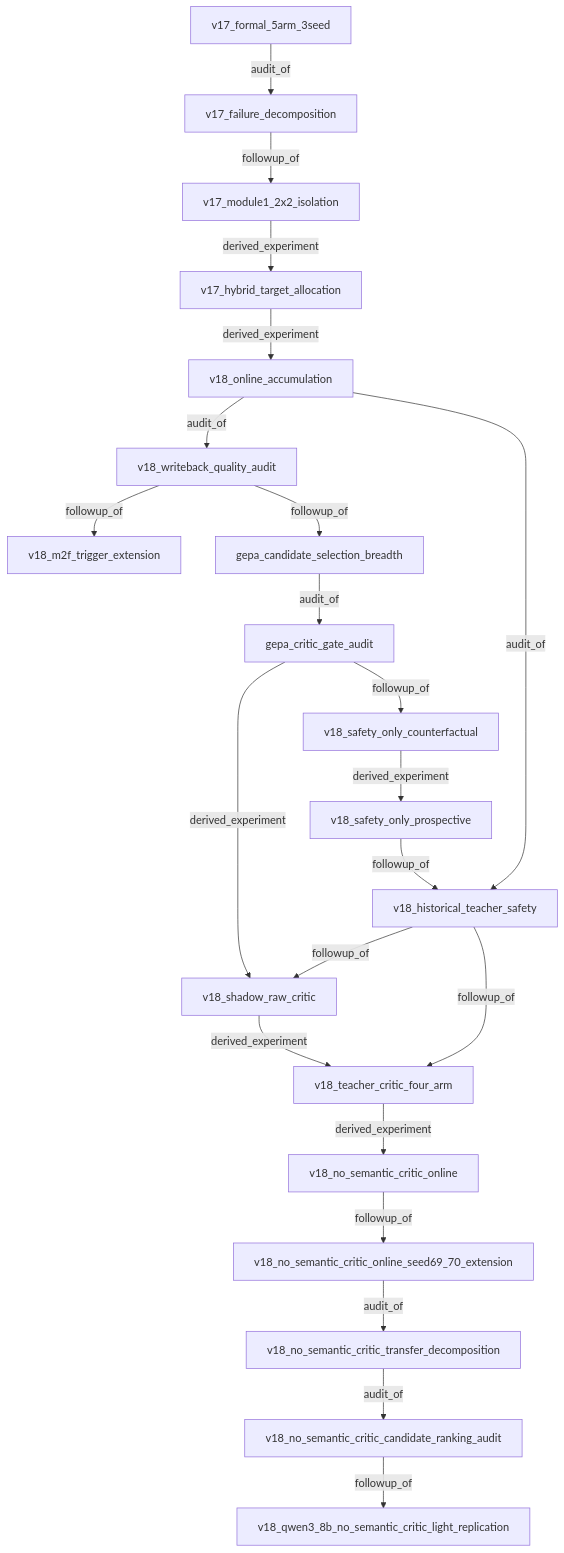
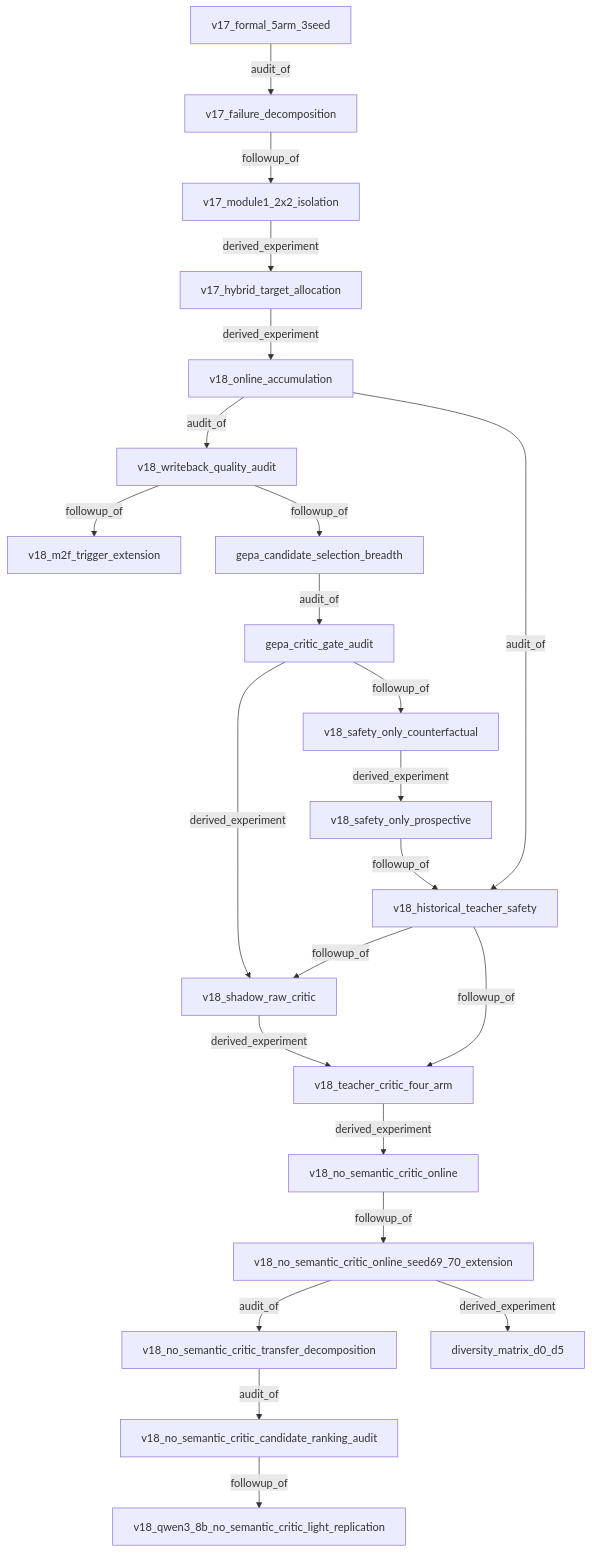
The diagram in docs/experiments/LINEAGE.md (mmmmyyyxx/multi_agent_diversity), drawn with Mermaid before and after one commit. The commit also changed other lines of this file and 2 other files, not shown here.

````diff
--- a/docs/experiments/LINEAGE.md
+++ b/docs/experiments/LINEAGE.md
@@ -5,24 +5,25 @@
 ```mermaid
 graph TD
   v17_formal_5arm_3seed["v17_formal_5arm_3seed"] -->|audit_of| v17_failure_decomposition["v17_failure_decomposition"]
   v17_failure_decomposition["v17_failure_decomposition"] -->|followup_of| v17_module1_2x2_isolation["v17_module1_2x2_isolation"]
   v17_module1_2x2_isolation["v17_module1_2x2_isolation"] -->|derived_experiment| v17_hybrid_target_allocation["v17_hybrid_target_allocation"]
   v17_hybrid_target_allocation["v17_hybrid_target_allocation"] -->|derived_experiment| v18_online_accumulation["v18_online_accumulation"]
   v18_online_accumulation["v18_online_accumulation"] -->|audit_of| v18_writeback_quality_audit["v18_writeback_quality_audit"]
   v18_writeback_quality_audit["v18_writeback_quality_audit"] -->|followup_of| v18_m2f_trigger_extension["v18_m2f_trigger_extension"]
   v18_writeback_quality_audit["v18_writeback_quality_audit"] -->|followup_of| gepa_candidate_selection_breadth["gepa_candidate_selection_breadth"]
   gepa_candidate_selection_breadth["gepa_candidate_selection_breadth"] -->|audit_of| gepa_critic_gate_audit["gepa_critic_gate_audit"]
   gepa_critic_gate_audit["gepa_critic_gate_audit"] -->|followup_of| v18_safety_only_counterfactual["v18_safety_only_counterfactual"]
   v18_safety_only_counterfactual["v18_safety_only_counterfactual"] -->|derived_experiment| v18_safety_only_prospective["v18_safety_only_prospective"]
   v18_safety_only_prospective["v18_safety_only_prospective"] -->|followup_of| v18_historical_teacher_safety["v18_historical_teacher_safety"]
   v18_online_accumulation["v18_online_accumulation"] -->|audit_of| v18_historical_teacher_safety["v18_historical_teacher_safety"]
   gepa_critic_gate_audit["gepa_critic_gate_audit"] -->|derived_experiment| v18_shadow_raw_critic["v18_shadow_raw_critic"]
   v18_historical_teacher_safety["v18_historical_teacher_safety"] -->|followup_of| v18_shadow_raw_critic["v18_shadow_raw_critic"]
   v18_shadow_raw_critic["v18_shadow_raw_critic"] -->|derived_experiment| v18_teacher_critic_four_arm["v18_teacher_critic_four_arm"]
   v18_historical_teacher_safety["v18_historical_teacher_safety"] -->|followup_of| v18_teacher_critic_four_arm["v18_teacher_critic_four_arm"]
   v18_teacher_critic_four_arm["v18_teacher_critic_four_arm"] -->|derived_experiment| v18_no_semantic_critic_online["v18_no_semantic_critic_online"]
   v18_no_semantic_critic_online["v18_no_semantic_critic_online"] -->|followup_of| v18_no_semantic_critic_online_seed69_70_extension["v18_no_semantic_critic_online_seed69_70_extension"]
   v18_no_semantic_critic_online_seed69_70_extension["v18_no_semantic_critic_online_seed69_70_extension"] -->|audit_of| v18_no_semantic_critic_transfer_decomposition["v18_no_semantic_critic_transfer_decomposition"]
   v18_no_semantic_critic_transfer_decomposition["v18_no_semantic_critic_transfer_decomposition"] -->|audit_of| v18_no_semantic_critic_candidate_ranking_audit["v18_no_semantic_critic_candidate_ranking_audit"]
   v18_no_semantic_critic_candidate_ranking_audit["v18_no_semantic_critic_candidate_ranking_audit"] -->|followup_of| v18_qwen3_8b_no_semantic_critic_light_replication["v18_qwen3_8b_no_semantic_critic_light_replication"]
+  v18_no_semantic_critic_online_seed69_70_extension["v18_no_semantic_critic_online_seed69_70_extension"] -->|derived_experiment| diversity_matrix_d0_d5["diversity_matrix_d0_d5"]
 ```
````
